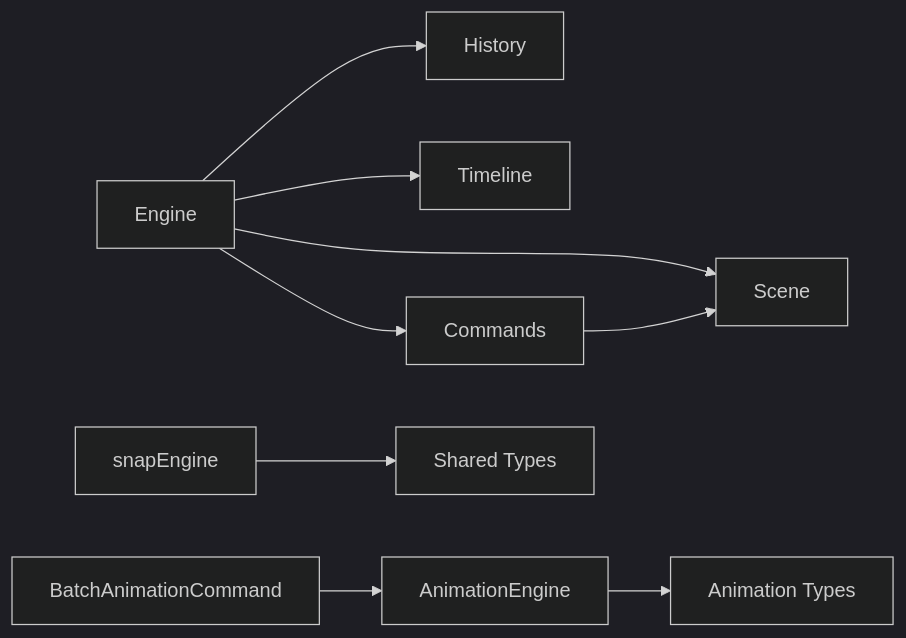
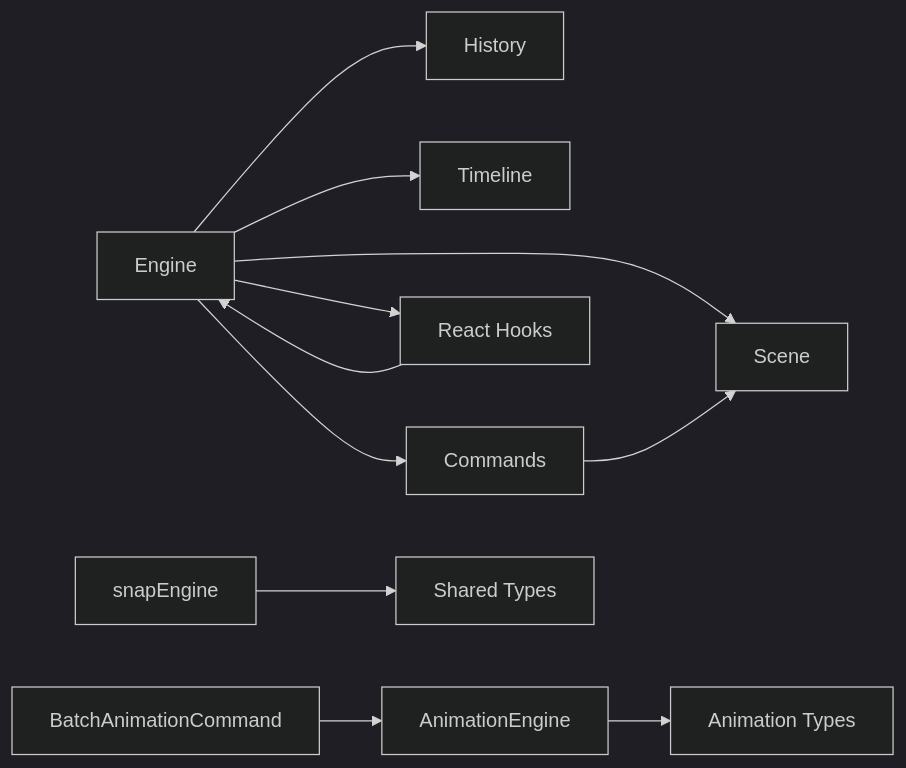
The seventh of 7 diagrams in .qoder/repowiki/zh/content/引擎系统/引擎系统.md (Anna0314zy/ai_editor_enginer), drawn with Mermaid (dark theme) before and after one commit. The commit also changed other lines of this file and 7 other files, not shown here.

````diff
--- a/.qoder/repowiki/zh/content/引擎系统/引擎系统.md
+++ b/.qoder/repowiki/zh/content/引擎系统/引擎系统.md
@@ -373,11 +402,13 @@
 ```mermaid
 graph LR
 Engine["Engine"] --> Scene["Scene"]
 Engine --> History["History"]
 Engine --> Timeline["Timeline"]
 Engine --> Commands["Commands"]
+Engine --> Hooks["React Hooks"]
 Commands --> Scene
 BatchCmd["BatchAnimationCommand"] --> AnimEngine["AnimationEngine"]
 AnimEngine --> AnimTypes["Animation Types"]
 Snap["snapEngine"] --> Types["Shared Types"]
+Hooks --> Engine
 ```
````
